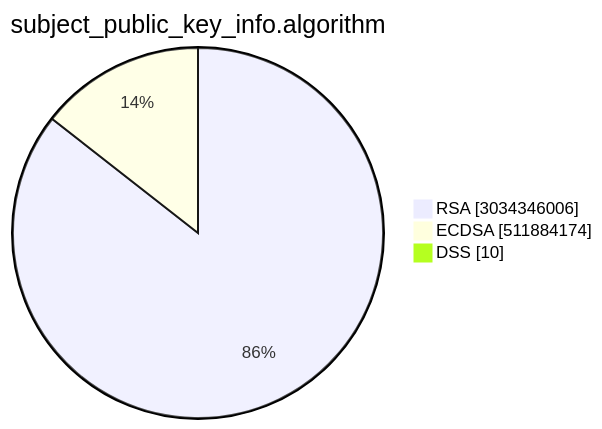
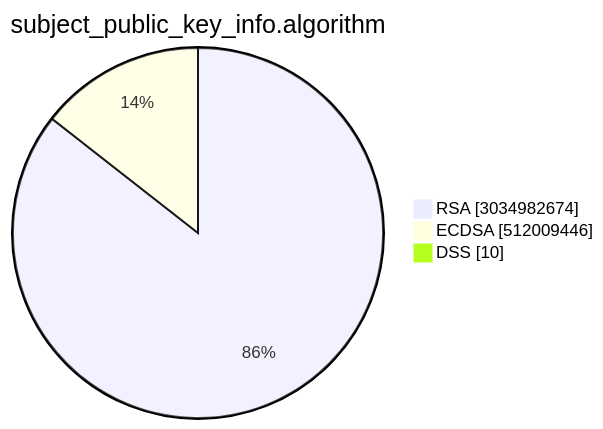
Before and after one commit to christiankrug/ctmonitor_visualization: the second of 15 diagrams in TOTAL/README.md, drawn with Mermaid. The commit also changed other lines of this file, not shown here.

````diff
--- a/TOTAL/README.md
+++ b/TOTAL/README.md
@@ -6,7 +6,7 @@
 ```mermaid
 pie showData
 title subject_public_key_info.algorithm
-"RSA" :3034346006
-"ECDSA" :511884174
+"RSA" :3034982674
+"ECDSA" :512009446
 "DSS" :10
 ```
````
